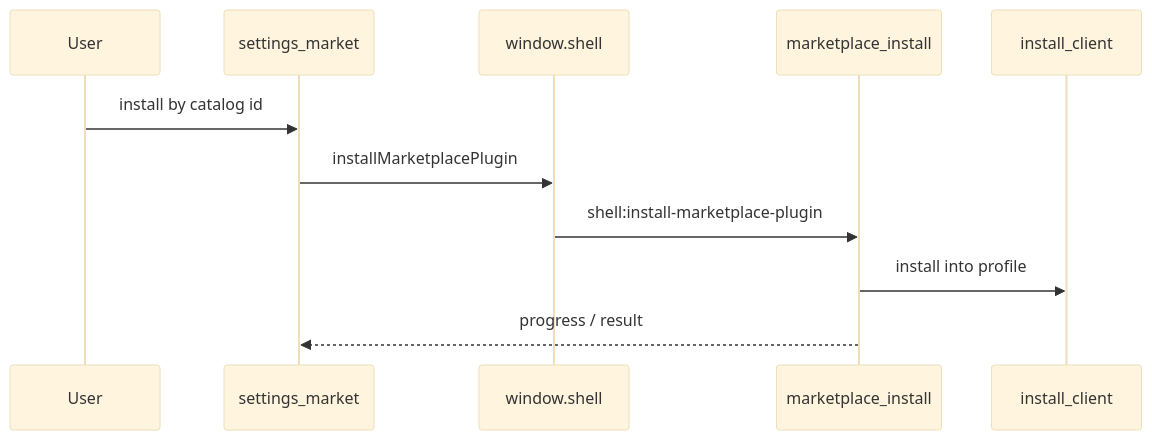
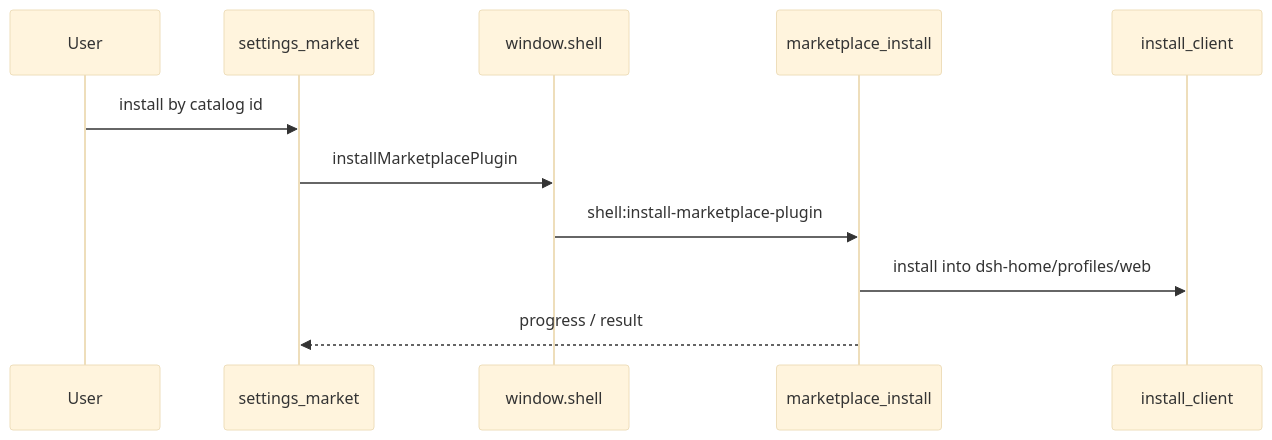
One commit to 20190441309/Deepseek-Harness-Desktop changed the diagram in docs/handbook/flows/marketplace-install.md. Above: the diagram before and after it, drawn with Mermaid (base theme). The commit also changed other lines of this file and 55 other files, not shown here.

First line of the commit message:
feature(dsh-home): 桌面 Harness 家目录与官方 ~/.dsh 隔离

````diff
--- a/docs/handbook/flows/marketplace-install.md
+++ b/docs/handbook/flows/marketplace-install.md
@@ -11,13 +11,13 @@
 ```mermaid
 sequenceDiagram
   participant User
   participant Market as settings_market
   participant Shell as window.shell
   participant Main as marketplace_install
   participant Host as install_client
   User->>Market: install by catalog id
   Market->>Shell: installMarketplacePlugin
   Shell->>Main: shell:install-marketplace-plugin
-  Main->>Host: install into profile
+  Main->>Host: install into dsh-home/profiles/web
   Main-->>Market: progress / result
 ```
````
